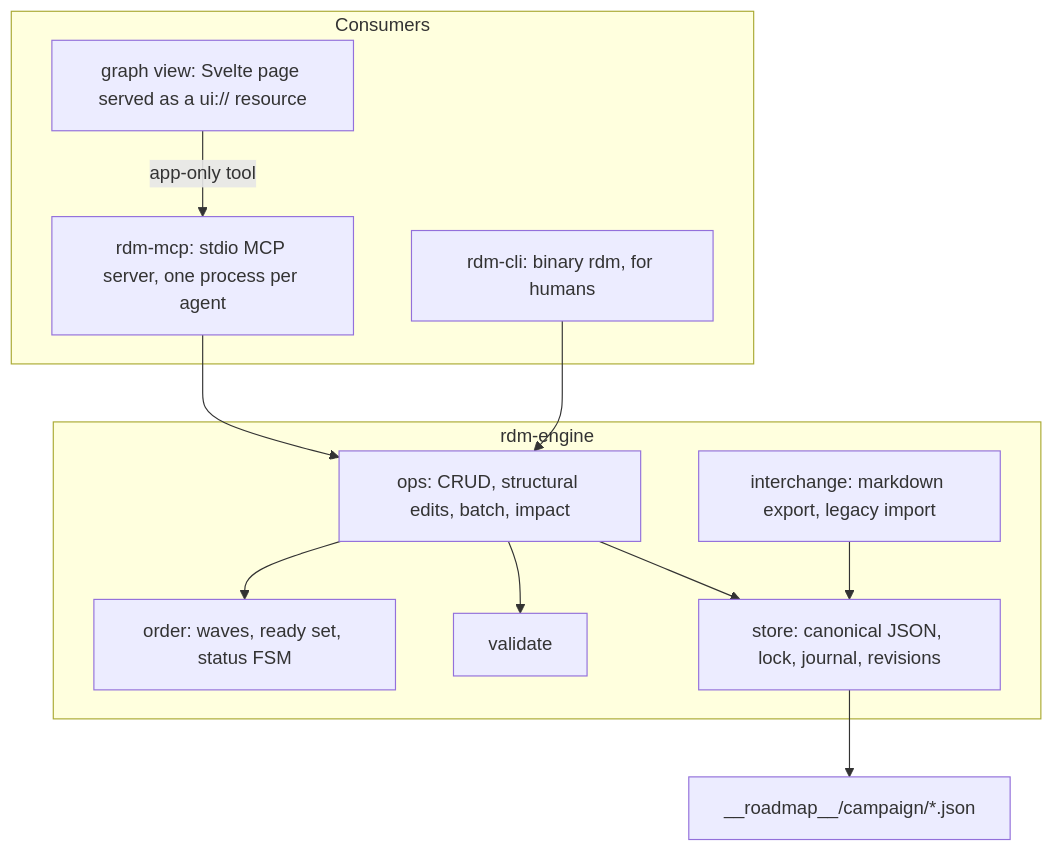
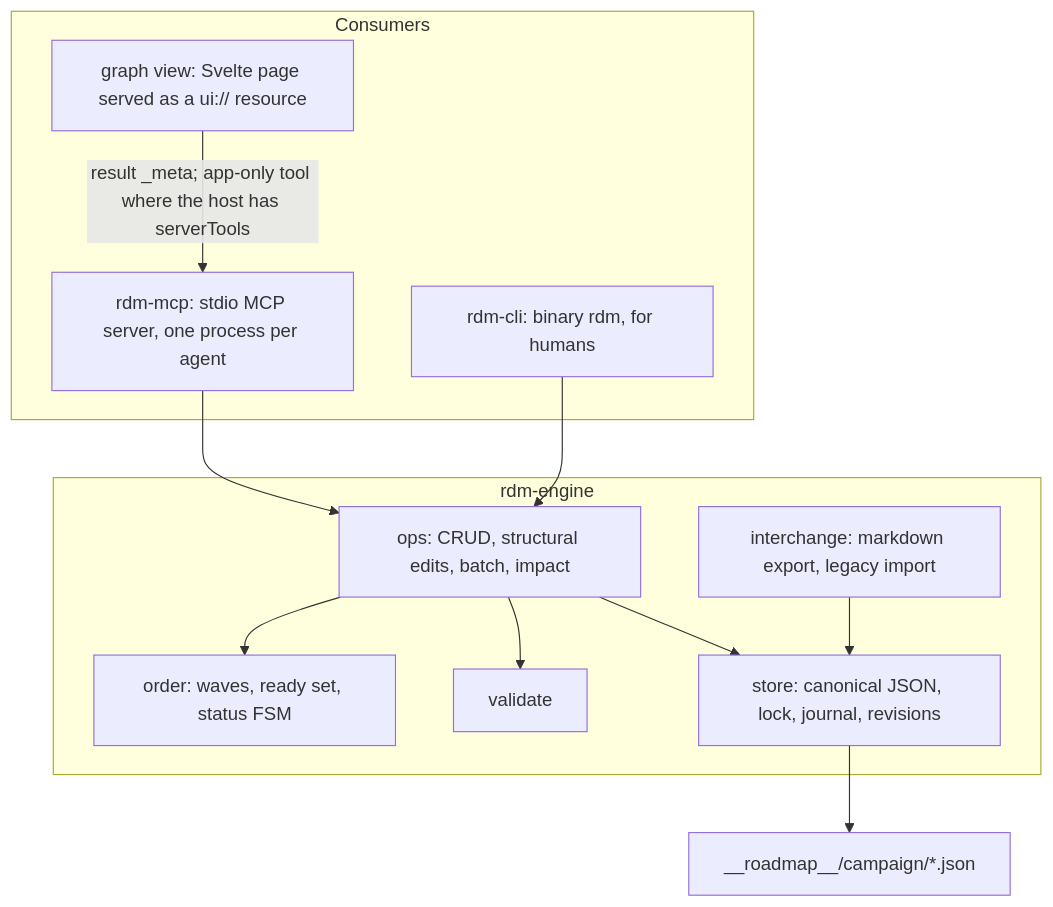
Before and after one commit to CrackingShells/cracking-shells-playbook: the second of 4 diagrams in __design__/rdm/architecture.md, drawn with Mermaid. The commit also changed other lines of this file, not shown here.

````diff
--- a/__design__/rdm/architecture.md
+++ b/__design__/rdm/architecture.md
@@ -60,23 +60,23 @@
 ```mermaid
 graph TD
   subgraph Consumers
     MCP[rdm-mcp: stdio MCP server, one process per agent]
     CLI[rdm-cli: binary rdm, for humans]
     UI[graph view: Svelte page served as a ui:// resource]
   end
   subgraph Core [rdm-engine]
     OPS[ops: CRUD, structural edits, batch, impact]
     ORD[order: waves, ready set, status FSM]
     VAL[validate]
     IO[interchange: markdown export, legacy import]
     ST[store: canonical JSON, lock, journal, revisions]
   end
   MCP --> OPS
   CLI --> OPS
-  UI -->|app-only tool| MCP
+  UI -->|result _meta; app-only tool where the host has serverTools| MCP
   OPS --> ORD
   OPS --> VAL
   OPS --> ST
   IO --> ST
   ST --> FS[__roadmap__/campaign/*.json]
 ```
````
